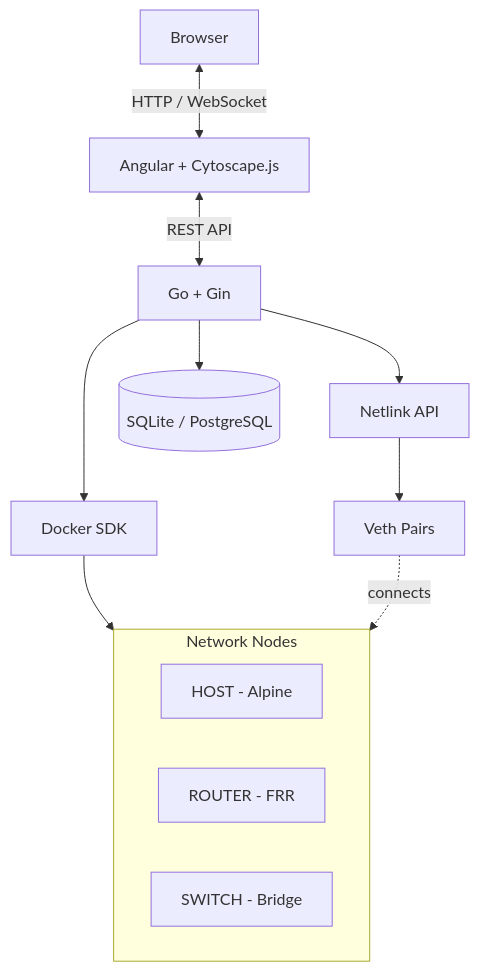
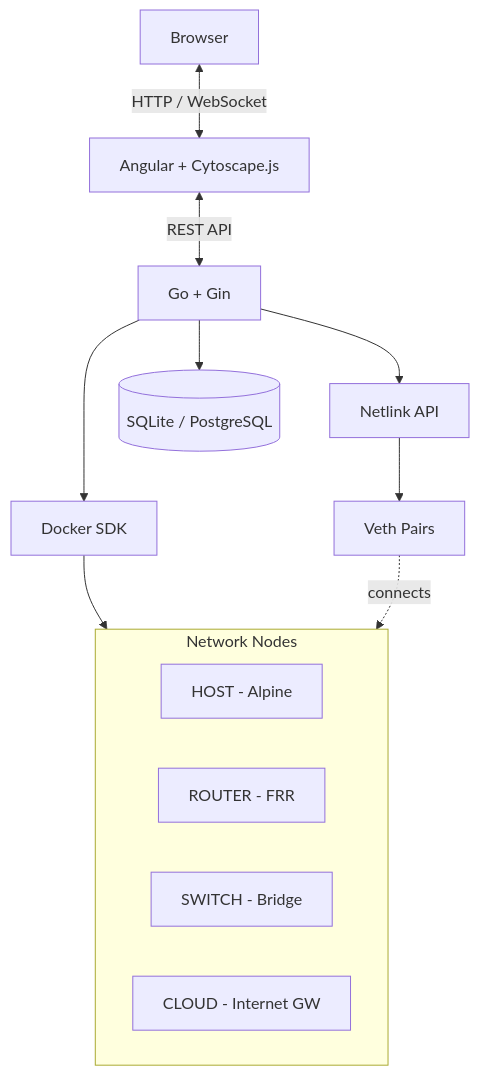
Before and after one commit to RArielVillalobos/open-veth: the diagram in README.md, drawn with Mermaid. The commit also changed other lines of this file, not shown here.

````diff
--- a/README.md
+++ b/README.md
@@ -122,20 +123,21 @@
 ```mermaid
 graph TD
     Browser[Browser] <-->|HTTP / WebSocket| Frontend[Angular + Cytoscape.js]
     Frontend <-->|REST API| Backend[Go + Gin]
 
     Backend --> Docker[Docker SDK]
     Backend --> Netlink[Netlink API]
     Backend --> DB[(SQLite / PostgreSQL)]
 
     Docker --> Containers
     Netlink --> Veth[Veth Pairs]
 
     subgraph Containers [Network Nodes]
         H[HOST - Alpine]
         R[ROUTER - FRR]
         S[SWITCH - Bridge]
+        C[CLOUD - Internet GW]
     end
 
     Veth -.->|connects| Containers
 ```
````
